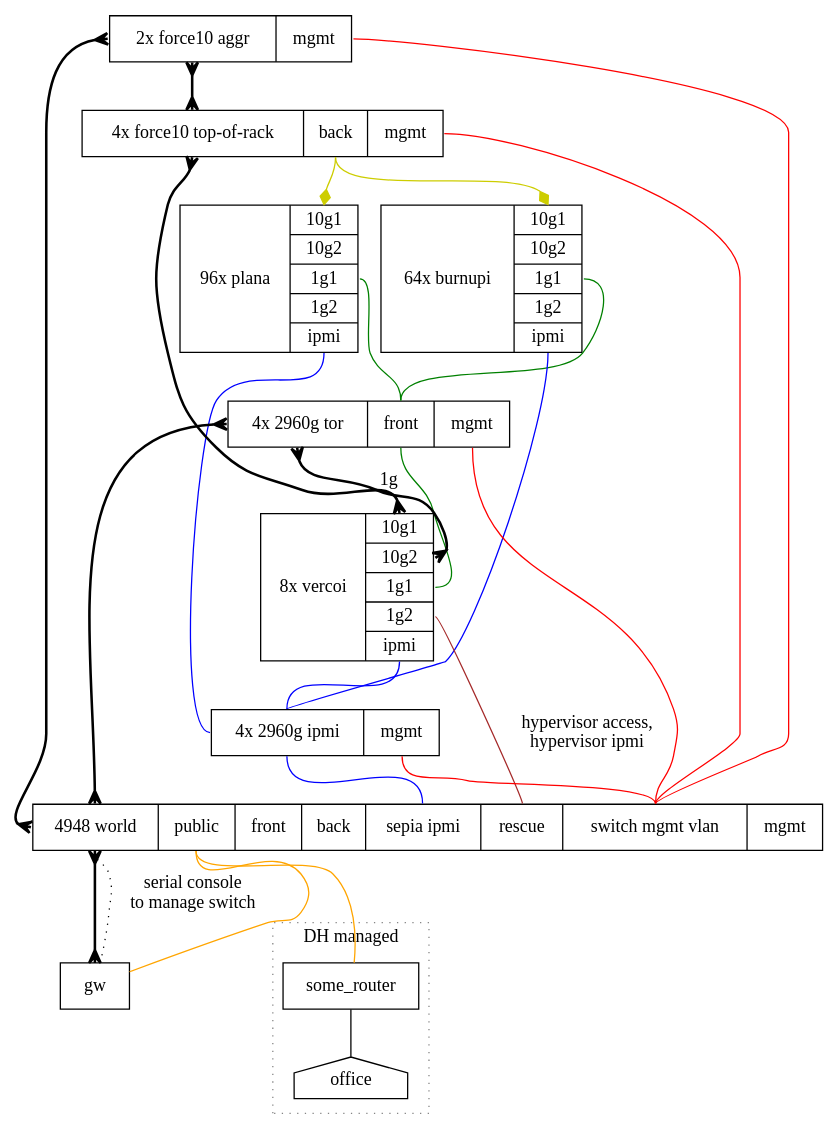
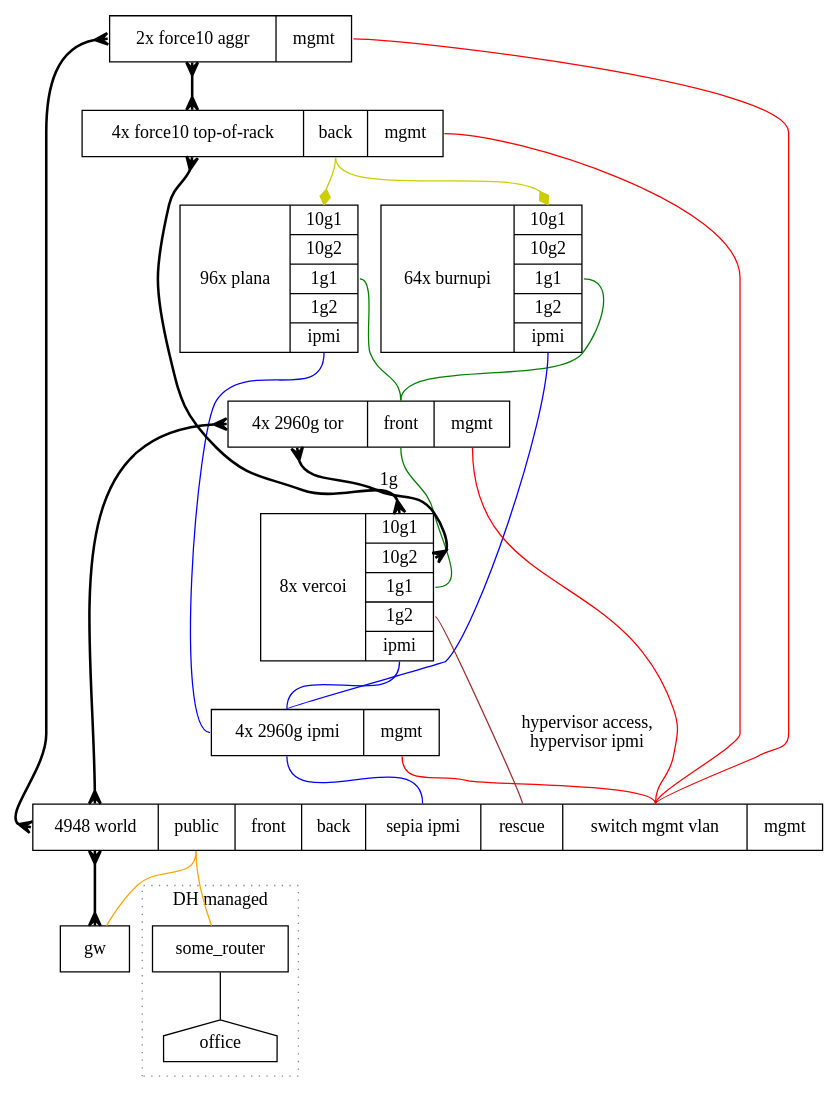
The diagram in doc/network/network.dot (ceph/sepia), drawn with Graphviz before and after one commit.

Commit message:
Remove serial console from gw to 4948 (all through concentrator now)

```diff
--- a/doc/network/network.dot
+++ b/doc/network/network.dot
@@ -1,86 +1,84 @@
 digraph "new-sepia-network" {
   edge [arrowhead=none];
   node [shape=record];
   
   plana [label="96x plana|{<10g1>10g1|<10g2>10g2|<1g1>1g1|<1g2>1g2|<ipmi> ipmi}"];
   burnupi [label="64x burnupi|{<10g1>10g1|<10g2>10g2|<1g1>1g1|<1g2>1g2|<ipmi> ipmi}"];
   vercoi [label="8x vercoi|{<10g1>10g1|<10g2>10g2|<1g1>1g1|<1g2>1g2|<ipmi>ipmi}"];
   gw [label="gw"];
   
   force10_tor [label="<tor>4x force10 top-of-rack|<back> back|<mgmt> mgmt"];
   force10_interconnect [label="<ic>2x force10 aggr|<mgmt> mgmt"];
   
   force10_interconnect:ic -> force10_tor:tor [weight=100, dir=both, arrowhead=crow, arrowtail=crow, style=bold];
   
   force10_interconnect:ic -> world:trunk [weight=100, dir=both, arrowhead=crow, arrowtail=crow, style=bold];
   
   subgraph front {
     edge [color=yellow3, arrowhead=diamond];
     
     force10_tor:back -> plana:"10g1";
     force10_tor:back -> burnupi:"10g1";
   }
   force10_tor:tor -> vercoi:"10g1" [weight=100, dir=both, arrowhead=crow, arrowtail=crow, style=bold];
   
   slow [label="<tor>4x 2960g tor|<front> front|<mgmt> mgmt"];
   slow:tor -> world:trunk [weight=100, dir=both, arrowhead=crow, arrowtail=crow, style=bold];
   
   ipmi [label="<sepia_ipmi>4x 2960g ipmi|<mgmt> mgmt"];
   
   world [label="<trunk>4948 world|<pub> public|<front> front|<back> back|<sepia_ipmi> sepia ipmi|<rescue> rescue|<switch_mgmt> switch mgmt vlan|<mgmt> mgmt"];
   
   subgraph cluster_dh_managed {
     label="DH managed";
     style=dotted;
     color=gray52;
     
     some_router;
     office [shape=house];
   }
   
   subgraph sepia_ipmi {
     edge [color=blue];
     
     plana:ipmi -> ipmi:sepia_ipmi;
     burnupi:ipmi -> ipmi:sepia_ipmi;
     vercoi:ipmi -> ipmi:sepia_ipmi;
     ipmi:sepia_ipmi -> world:sepia_ipmi;
   }
   
   subgraph switch_mgmt {
     edge [color=red];
     
     force10_tor:mgmt -> world:switch_mgmt;
     force10_interconnect:mgmt -> world:switch_mgmt;
     slow:mgmt -> world:switch_mgmt;
     ipmi:mgmt -> world:switch_mgmt;
   }
   
   subgraph back {
     edge [color=green, dir=front, arrowtail=diamond];
     
     plana:"1g1" -> slow:front;
     burnupi:"1g1" -> slow:front;
     vercoi:"1g1" -> slow:front;
   }
 
   slow:tor -> vercoi:"10g2" [weight=100, dir=both, arrowhead=crow, arrowtail=crow, style=bold, label="1g"];
   
   subgraph pub {
     edge [color=orange1];
     
     world:trunk -> gw [weight=100, dir=both, arrowhead=crow, arrowtail=crow, color=black, style=bold];
     world:pub -> gw;
     world:pub -> some_router;
   }
   
-  gw -> world:trunk [label="serial console\nto manage switch", style=dotted];
-  
   some_router -> office;
   
   subgraph rescue {
     edge [color=brown];
     
     vercoi:"1g2" -> world:rescue [label="hypervisor access,\nhypervisor ipmi"];
   }
 }
```
